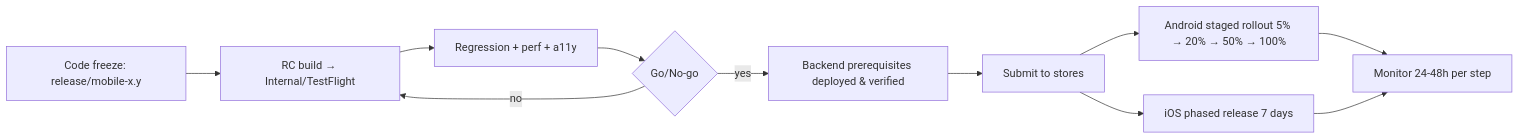
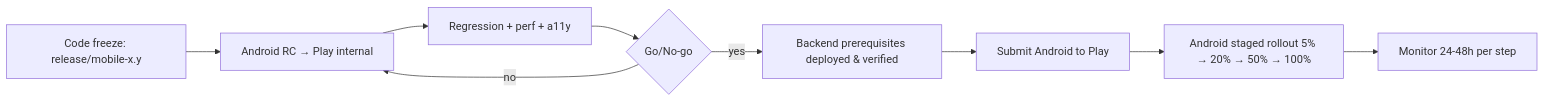
Before and after one commit to Priyankaagrawal/supplybiz: the diagram in docs/08-deployment-operations/DEPLOYMENT_OPERATIONS.md, drawn with Mermaid. The commit also changed other lines of this file and 39 other files, not shown here.

````diff
--- a/docs/08-deployment-operations/DEPLOYMENT_OPERATIONS.md
+++ b/docs/08-deployment-operations/DEPLOYMENT_OPERATIONS.md
@@ -51,13 +44,11 @@
 ```mermaid
 flowchart LR
-    A[Code freeze: release/mobile-x.y] --> B[RC build → Internal/TestFlight]
+    A[Code freeze: release/mobile-x.y] --> B[Android RC → Play internal]
     B --> C[Regression + perf + a11y]
     C --> D{Go/No-go}
     D -- no --> B
     D -- yes --> E[Backend prerequisites deployed & verified]
-    E --> F[Submit to stores]
+    E --> F[Submit Android to Play]
     F --> G[Android staged rollout 5% → 20% → 50% → 100%]
-    F --> H[iOS phased release 7 days]
     G --> I[Monitor 24-48h per step]
-    H --> I
 ```
````
